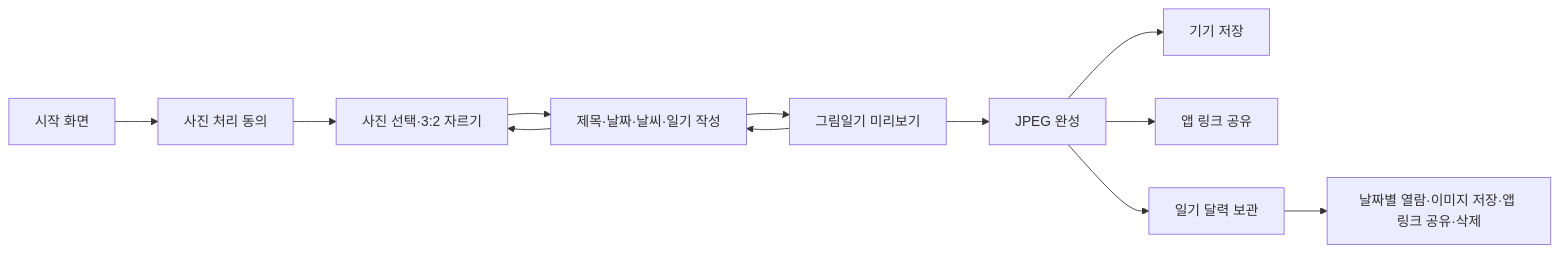
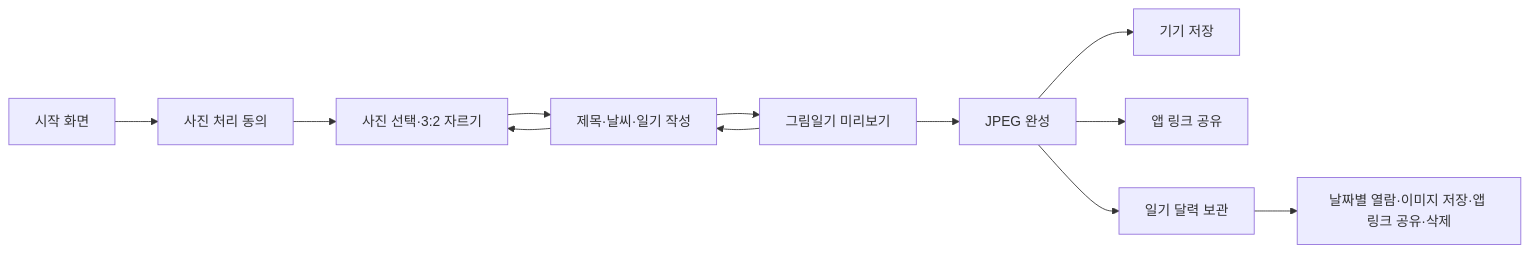
One commit to SummerVacationDiaryTMD/Summer_Vacation_Diary changed the diagram in README.md. Above: the diagram before and after it, drawn with Mermaid. The commit also changed other lines of this file and 14 other files, not shown here.

````diff
--- a/README.md
+++ b/README.md
@@ -109,14 +109,14 @@
 ```mermaid
 flowchart LR
     O["시작 화면"] --> U["사진 처리 동의"]
     U --> C["사진 선택·3:2 자르기"]
-    C --> W["제목·날짜·날씨·일기 작성"]
+    C --> W["제목·날씨·일기 작성"]
     W --> P["그림일기 미리보기"]
     P --> F["JPEG 완성"]
     F --> S["기기 저장"]
     F --> H["앱 링크 공유"]
     F --> A["일기 달력 보관"]
     A --> V["날짜별 열람·이미지 저장·앱 링크 공유·삭제"]
     P --> W
     W --> C
 ```
````
